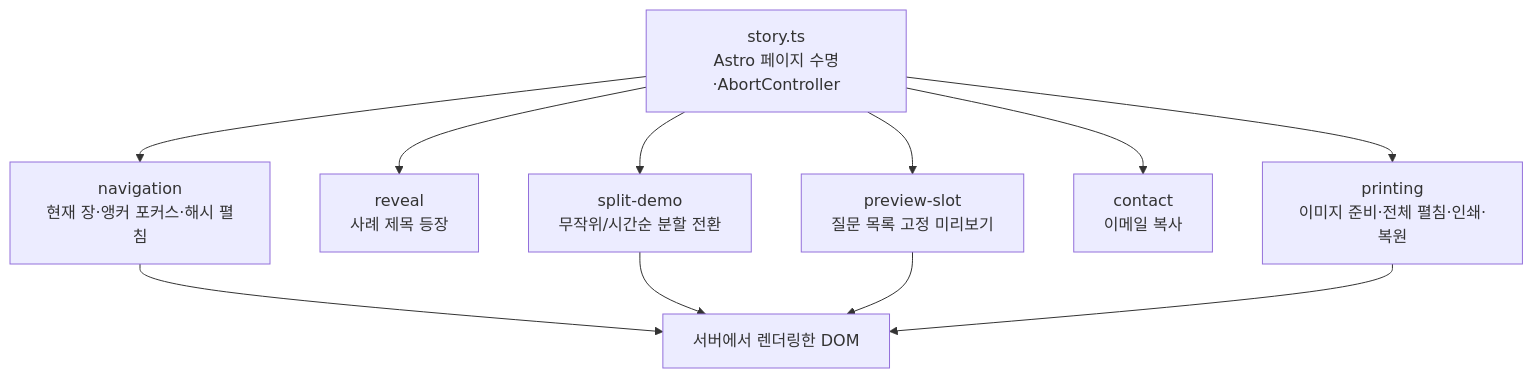
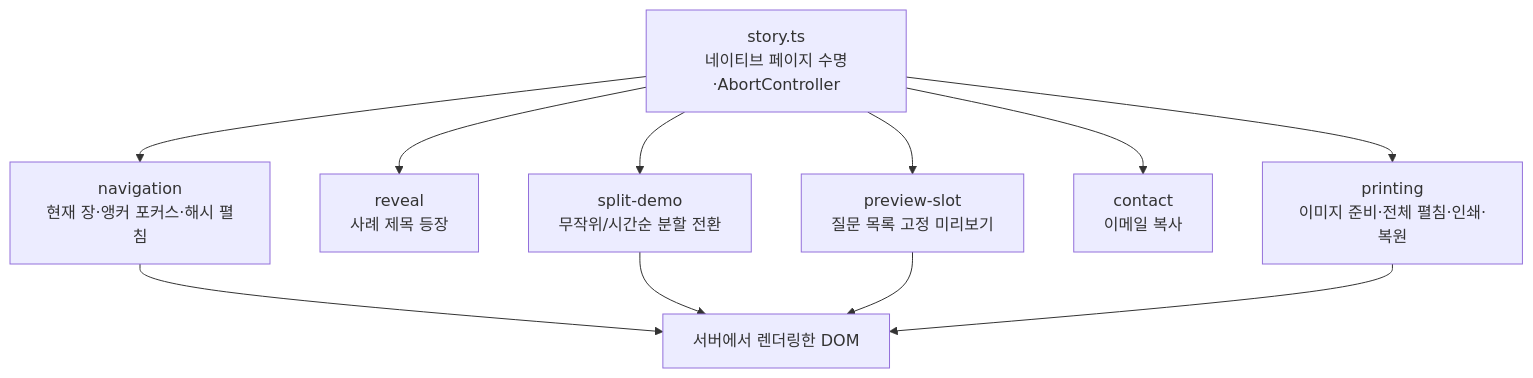
Before and after one commit to pollux-o4/itIsMe: the second of 2 diagrams in docs/architecture/03-components.md, drawn with Mermaid. The commit also changed other lines of this file and 9 other files, not shown here.

````diff
--- a/docs/architecture/03-components.md
+++ b/docs/architecture/03-components.md
@@ -24,13 +24,13 @@
 ```mermaid
 flowchart TB
-  lifecycle["story.ts<br/>Astro 페이지 수명·AbortController"] --> nav["navigation<br/>현재 장·앵커 포커스·해시 펼침"]
+  lifecycle["story.ts<br/>네이티브 페이지 수명·AbortController"] --> nav["navigation<br/>현재 장·앵커 포커스·해시 펼침"]
   lifecycle --> reveal["reveal<br/>사례 제목 등장"]
   lifecycle --> split["split-demo<br/>무작위/시간순 분할 전환"]
   lifecycle --> slot["preview-slot<br/>질문 목록 고정 미리보기"]
   lifecycle --> contact["contact<br/>이메일 복사"]
   lifecycle --> print["printing<br/>이미지 준비·전체 펼침·인쇄·복원"]
   nav --> dom["서버에서 렌더링한 DOM"]
   split --> dom
   slot --> dom
   print --> dom
 ```
````
